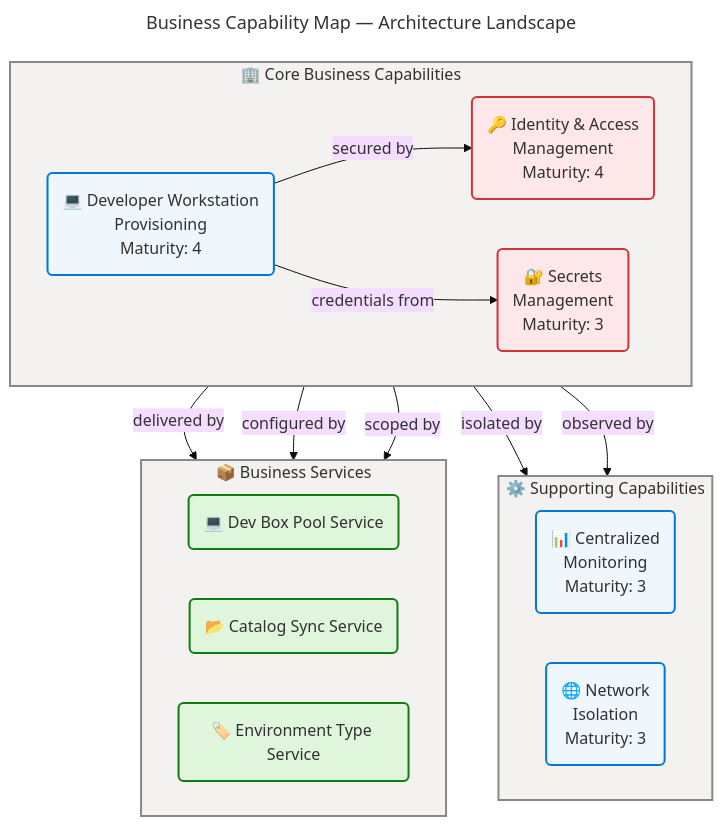
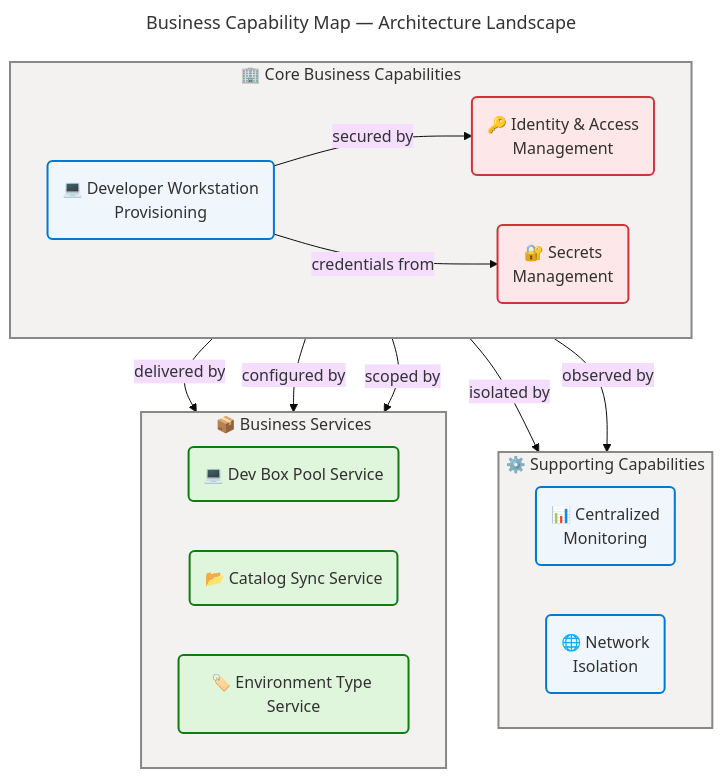
The first of 5 diagrams in docs/architecture/business-architecture.md (Evilazaro/DevExp-DevBox), drawn with Mermaid before and after one commit. The commit also changed other lines of this file, not shown here.

````diff
--- a/docs/architecture/business-architecture.md
+++ b/docs/architecture/business-architecture.md
@@ -166,63 +169,63 @@
 ```mermaid
 ---
 title: Business Capability Map — Architecture Landscape
 config:
   theme: base
   look: classic
   layout: dagre
   themeVariables:
     fontSize: '16px'
   flowchart:
     htmlLabels: true
 ---
 flowchart TB
     accTitle: Business Capability Map — Architecture Landscape
     accDescr: Hierarchical view of the 5 business capabilities organized by core and supporting tiers with component counts per type
 
     %% ═══════════════════════════════════════════════════════════════════════════
     %% AZURE / FLUENT ARCHITECTURE PATTERN v1.1
     %% (Semantic + Structural + Font + Accessibility Governance)
     %% ═══════════════════════════════════════════════════════════════════════════
     %% PHASE 1 - FLUENT UI: All styling uses approved Fluent UI palette only
     %% PHASE 2 - GROUPS: Every subgraph has semantic color via style directive
     %% PHASE 3 - COMPONENTS: Every node has semantic classDef + icon prefix
     %% PHASE 4 - ACCESSIBILITY: accTitle/accDescr present, WCAG AA contrast
     %% PHASE 5 - STANDARD: Governance block present, classDefs centralized
     %% ═══════════════════════════════════════════════════════════════════════════
 
     subgraph coreCaps["🏢 Core Business Capabilities"]
         direction LR
-        devProv("💻 Developer Workstation<br/>Provisioning<br/>Maturity: 4"):::core
-        iamCap("🔑 Identity & Access<br/>Management<br/>Maturity: 4"):::danger
-        secretsCap("🔐 Secrets<br/>Management<br/>Maturity: 3"):::danger
+        devProv("💻 Developer Workstation<br/>Provisioning"):::core
+        iamCap("🔑 Identity & Access<br/>Management"):::danger
+        secretsCap("🔐 Secrets<br/>Management"):::danger
     end
 
     subgraph supportCaps["⚙️ Supporting Capabilities"]
         direction LR
-        monCap("📊 Centralized<br/>Monitoring<br/>Maturity: 3"):::core
-        netCap("🌐 Network<br/>Isolation<br/>Maturity: 3"):::core
+        monCap("📊 Centralized<br/>Monitoring"):::core
+        netCap("🌐 Network<br/>Isolation"):::core
     end
 
     subgraph services["📦 Business Services"]
         direction LR
         poolSvc("💻 Dev Box Pool Service"):::success
         catSvc("📂 Catalog Sync Service"):::success
         envSvc("🏷️ Environment Type Service"):::success
     end
 
     devProv -->|"delivered by"| poolSvc
     devProv -->|"configured by"| catSvc
     devProv -->|"scoped by"| envSvc
     devProv -->|"secured by"| iamCap
     devProv -->|"credentials from"| secretsCap
     devProv -->|"isolated by"| netCap
     devProv -->|"observed by"| monCap
 
     classDef core fill:#EFF6FC,stroke:#0078D4,stroke-width:2px,color:#323130
     classDef danger fill:#FDE7E9,stroke:#D13438,stroke-width:2px,color:#323130
     classDef success fill:#DFF6DD,stroke:#107C10,stroke-width:2px,color:#323130
 
     style coreCaps fill:#F3F2F1,stroke:#8A8886,stroke-width:2px,color:#323130
     style supportCaps fill:#F3F2F1,stroke:#8A8886,stroke-width:2px,color:#323130
     style services fill:#F3F2F1,stroke:#8A8886,stroke-width:2px,color:#323130
 ```
````
